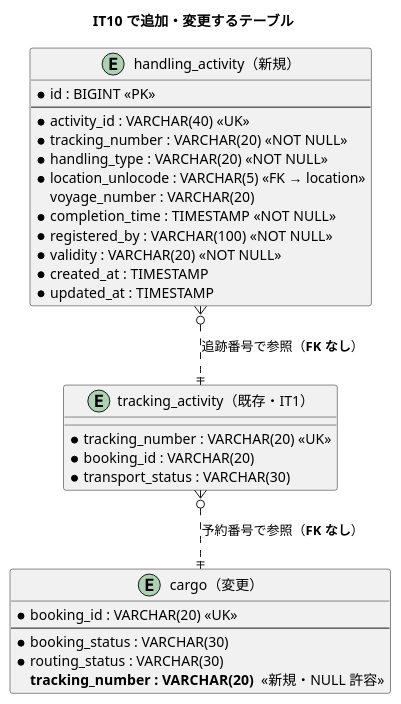
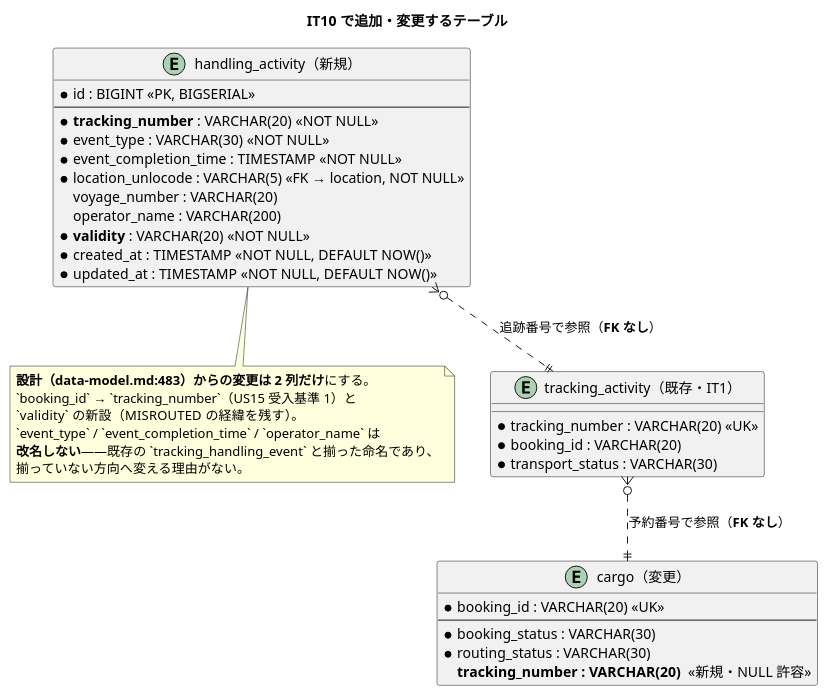
Before and after one commit to k2works/case-study-cargo-tracker: the fourth of 5 diagrams in docs/development/iteration_plan-10.md, drawn with PlantUML. The commit also changed other lines of this file and 2 other files, not shown here.

````diff
--- a/docs/development/iteration_plan-10.md
+++ b/docs/development/iteration_plan-10.md
@@ -371,37 +423,45 @@
 ```plantuml
 @startuml
 title IT10 で追加・変更するテーブル
 
 entity "cargo（変更）" as cargo {
   * booking_id : VARCHAR(20) <<UK>>
   --
   * booking_status : VARCHAR(30)
   * routing_status : VARCHAR(30)
   **tracking_number : VARCHAR(20)**  <<新規・NULL 許容>>
 }
 
 entity "handling_activity（新規）" as handling {
-  * id : BIGINT <<PK>>
+  * id : BIGINT <<PK, BIGSERIAL>>
   --
-  * activity_id : VARCHAR(40) <<UK>>
-  * tracking_number : VARCHAR(20) <<NOT NULL>>
-  * handling_type : VARCHAR(20) <<NOT NULL>>
-  * location_unlocode : VARCHAR(5) <<FK → location>>
+  * **tracking_number** : VARCHAR(20) <<NOT NULL>>
+  * event_type : VARCHAR(30) <<NOT NULL>>
+  * event_completion_time : TIMESTAMP <<NOT NULL>>
+  * location_unlocode : VARCHAR(5) <<FK → location, NOT NULL>>
   voyage_number : VARCHAR(20)
-  * completion_time : TIMESTAMP <<NOT NULL>>
-  * registered_by : VARCHAR(100) <<NOT NULL>>
-  * validity : VARCHAR(20) <<NOT NULL>>
-  * created_at : TIMESTAMP
-  * updated_at : TIMESTAMP
+  operator_name : VARCHAR(200)
+  * **validity** : VARCHAR(20) <<NOT NULL>>
+  * created_at : TIMESTAMP <<NOT NULL, DEFAULT NOW()>>
+  * updated_at : TIMESTAMP <<NOT NULL, DEFAULT NOW()>>
 }
+
+note bottom of handling
+  **設計（data-model.md:483）からの変更は 2 列だけ**にする。
+  `booking_id` → `tracking_number`（US15 受入基準 1）と
+  `validity` の新設（MISROUTED の経緯を残す）。
+  `event_type` / `event_completion_time` / `operator_name` は
+  **改名しない**——既存の `tracking_handling_event` と揃った命名であり、
+  揃っていない方向へ変える理由がない。
+end note
 
 entity "tracking_activity（既存・IT1）" as tracking {
   * tracking_number : VARCHAR(20) <<UK>>
   * booking_id : VARCHAR(20)
   * transport_status : VARCHAR(30)
 }
 
 handling }o..|| tracking : "追跡番号で参照（**FK なし**）"
 tracking }o..|| cargo : "予約番号で参照（**FK なし**）"
 @enduml
 ```
````
